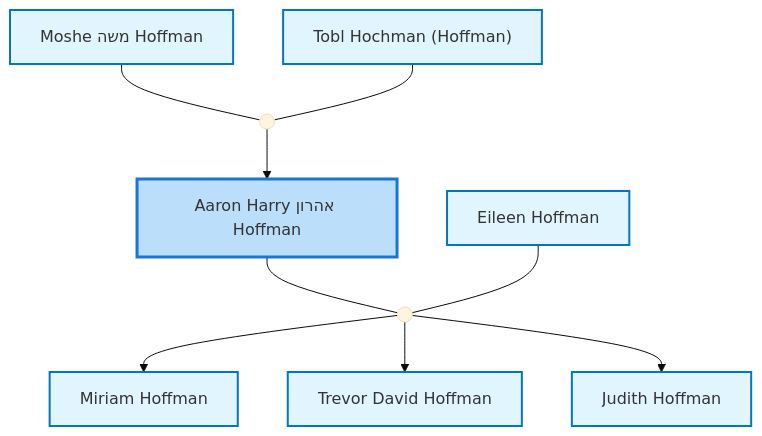
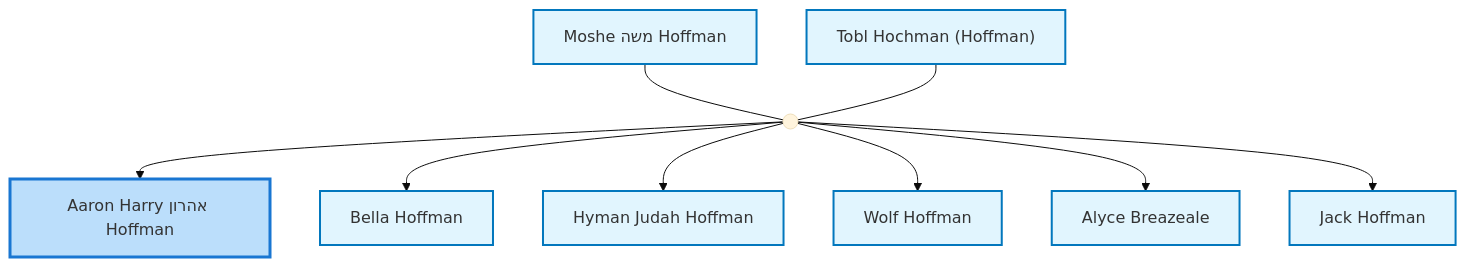
The first of 3 diagrams in site/content/profiles/Aaron Harry אהרון Hoffman.md (moshehoff/FamilyHistory), drawn with Mermaid (base theme) before and after one commit. The commit also changed 244 other files, not shown here.

Commit message:
Change Nuclear Family diagram to show parents and siblings, update site title to 'Hoffman Family History', revert diagram zoom to simple scaling

````diff
--- a/site/content/profiles/Aaron Harry אהרון Hoffman.md
+++ b/site/content/profiles/Aaron Harry אהרון Hoffman.md
@@ -22,37 +22,39 @@
 ```mermaid
 flowchart TD
 classDef person fill:#e1f5fe,stroke:#0277bd,stroke-width:2px;
 classDef internal-link fill:#e1f5fe,stroke:#0277bd,stroke-width:2px;
 classDef current fill:#bbdefb,stroke:#1976d2,stroke-width:3px;
 idI38736184["Aaron Harry אהרון Hoffman"]
 class idI38736184 current
 click idI38736184 "../profiles/Aaron-Harry-%D7%90%D7%94%D7%A8%D7%95%D7%9F-Hoffman" "Aaron Harry אהרון Hoffman"
 idI11052340["Moshe משה Hoffman"]
 class idI11052340 internal-link
 click idI11052340 "../profiles/Moshe-%D7%9E%D7%A9%D7%94-Hoffman" "Moshe משה Hoffman"
 idI38735986["Tobl Hochman (Hoffman)"]
 class idI38735986 internal-link
 click idI38735986 "../profiles/Tobl-Hochman-%28Hoffman%29" "Tobl Hochman (Hoffman)"
 marriage_idF3776794((" "))
 idI11052340 --- marriage_idF3776794
 idI38735986 --- marriage_idF3776794
 marriage_idF3776794 --> idI38736184
-idI39965086["Eileen Hoffman"]
-class idI39965086 internal-link
-click idI39965086 "../profiles/Eileen-Hoffman" "Eileen Hoffman"
-marriage_idF13655899((" "))
-idI38736184 --- marriage_idF13655899
-idI39965086 --- marriage_idF13655899
-idI39965206["Miriam Hoffman"]
-class idI39965206 internal-link
-click idI39965206 "../profiles/Miriam-Hoffman" "Miriam Hoffman"
-marriage_idF13655899 --> idI39965206
-idI39965122["Trevor David Hoffman"]
-class idI39965122 internal-link
-click idI39965122 "../profiles/Trevor-David-Hoffman" "Trevor David Hoffman"
-marriage_idF13655899 --> idI39965122
-idI39965270["Judith Hoffman"]
-class idI39965270 internal-link
-click idI39965270 "../profiles/Judith-Hoffman" "Judith Hoffman"
-marriage_idF13655899 --> idI39965270
+idI38736293["Bella Hoffman"]
+class idI38736293 internal-link
+click idI38736293 "../profiles/Bella-Hoffman" "Bella Hoffman"
+marriage_idF3776794 --> idI38736293
+idI11052350["Hyman Judah Hoffman"]
+class idI11052350 internal-link
+click idI11052350 "../profiles/Hyman-Judah-Hoffman" "Hyman Judah Hoffman"
+marriage_idF3776794 --> idI11052350
+idI7293825["Wolf Hoffman"]
+class idI7293825 internal-link
+click idI7293825 "../profiles/Wolf-Hoffman" "Wolf Hoffman"
+marriage_idF3776794 --> idI7293825
+idI61277011["Alyce Breazeale"]
+class idI61277011 internal-link
+click idI61277011 "../profiles/Alyce-Breazeale" "Alyce Breazeale"
+marriage_idF3776794 --> idI61277011
+idI38736559["Jack Hoffman"]
+class idI38736559 internal-link
+click idI38736559 "../profiles/Jack-Hoffman" "Jack Hoffman"
+marriage_idF3776794 --> idI38736559
 ```
````
